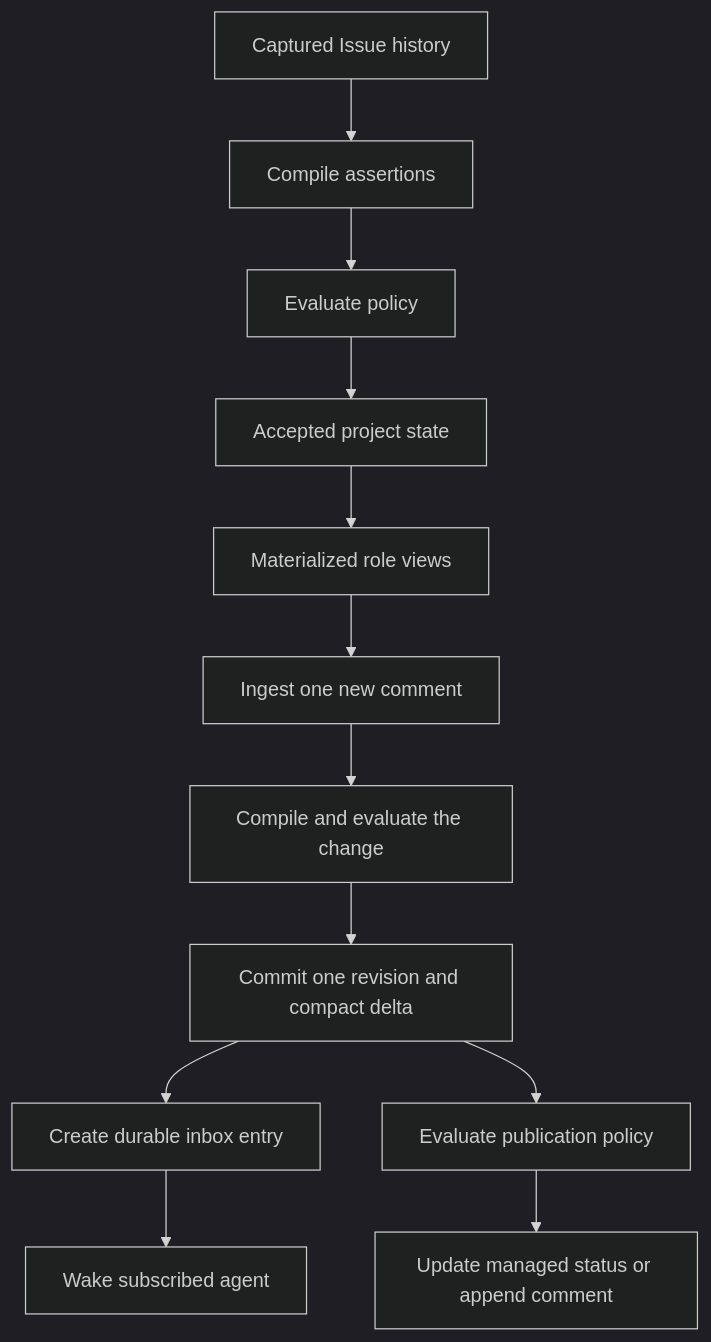
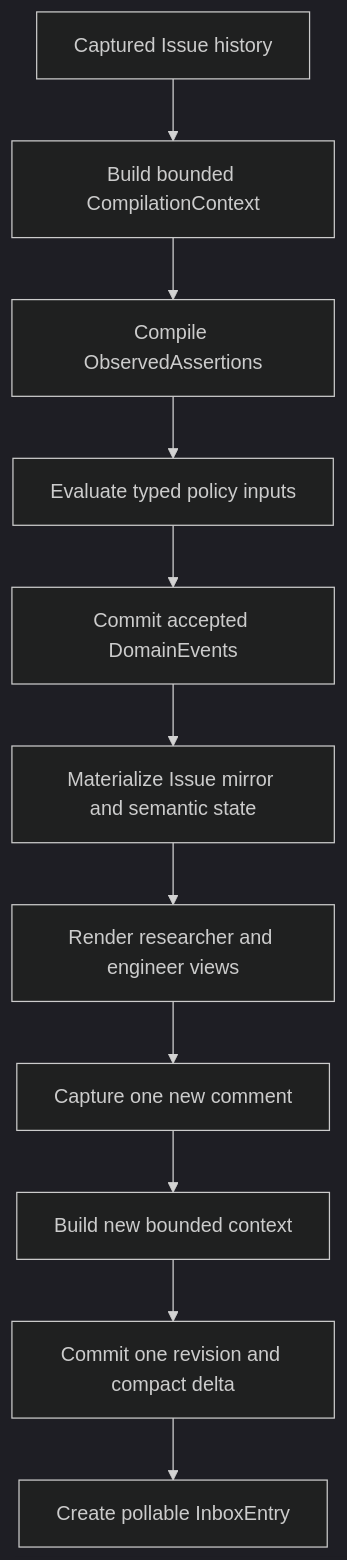
Before and after one commit to infagent/merl: the diagram in docs/first-release.md, drawn with Mermaid (dark theme). The commit also changed other lines of this file and 3 other files, not shown here.

Commit message:
docs: tighten architecture and first release scope

````diff
--- a/docs/first-release.md
+++ b/docs/first-release.md
@@ -29,14 +33,13 @@
 ```mermaid
 flowchart TB
-    H[Captured Issue history] --> C[Compile assertions]
-    C --> P[Evaluate policy]
-    P --> S[Accepted project state]
-    S --> V[Materialized role views]
-    V --> N[Ingest one new comment]
-    N --> E[Compile and evaluate the change]
-    E --> R[Commit one revision and compact delta]
-    R --> I[Create durable inbox entry]
-    I --> W[Wake subscribed agent]
-    R --> PD[Evaluate publication policy]
-    PD --> G[Update managed status or append comment]
+    H[Captured Issue history] --> X[Build bounded CompilationContext]
+    X --> C[Compile ObservedAssertions]
+    C --> P[Evaluate typed policy inputs]
+    P --> S[Commit accepted DomainEvents]
+    S --> V[Materialize Issue mirror and semantic state]
+    V --> R[Render researcher and engineer views]
+    R --> N[Capture one new comment]
+    N --> X2[Build new bounded context]
+    X2 --> D[Commit one revision and compact delta]
+    D --> I[Create pollable InboxEntry]
 ```
````
